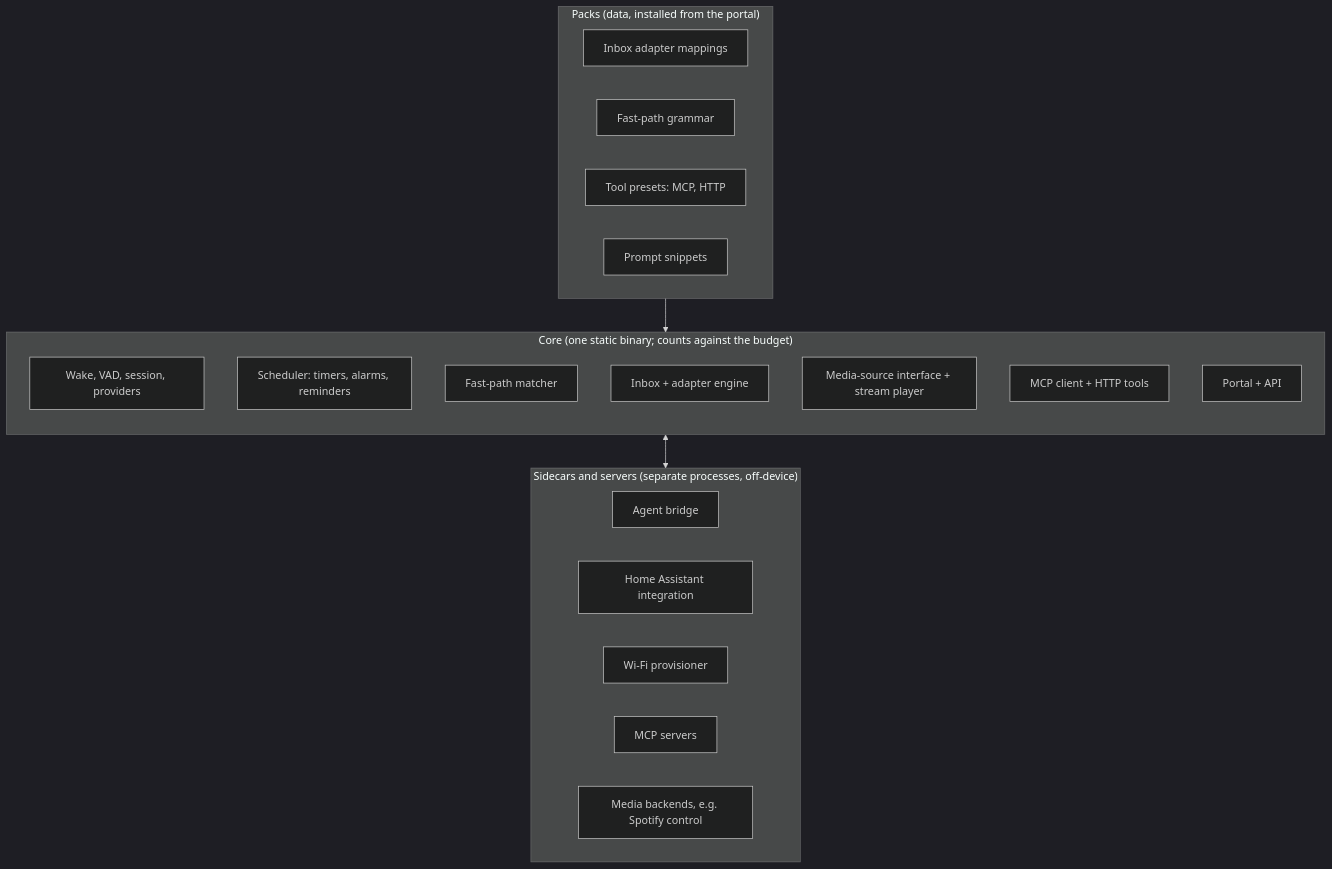
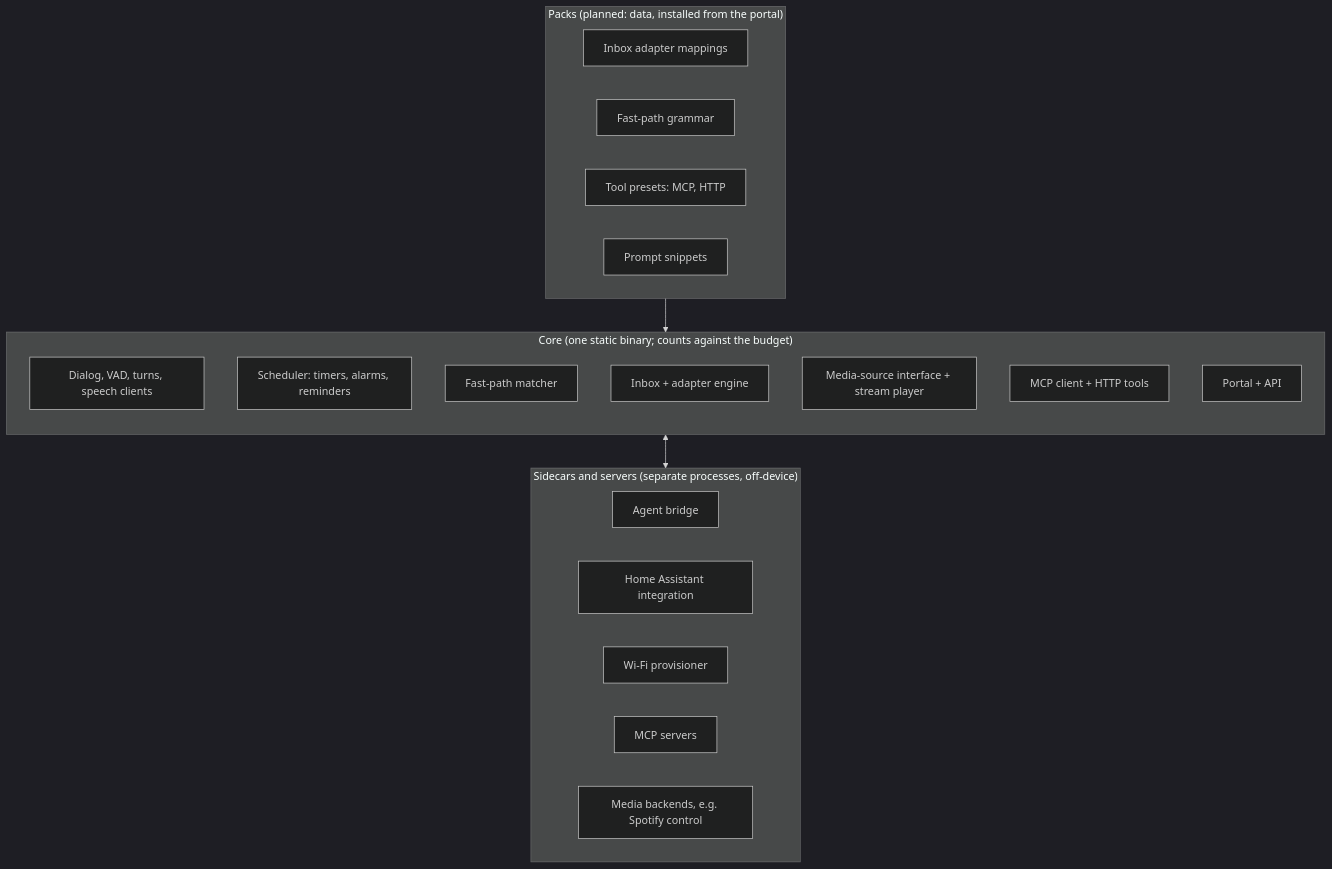
The diagram in docs/architecture/extensibility.md (AndyAnderson8/clawdot), drawn with Mermaid (dark theme) before and after one commit. The commit also changed other lines of this file and 3 other files, not shown here.

First line of the commit message:
docs(architecture): correct voice, satellite, config and extensibility

````diff
--- a/docs/architecture/extensibility.md
+++ b/docs/architecture/extensibility.md
@@ -11,28 +11,28 @@
 ```mermaid
 flowchart TB
     subgraph Core["Core (one static binary; counts against the budget)"]
         direction TB
-        A[Wake, VAD, session, providers]
+        A[Dialog, VAD, turns, speech clients]
         B[Scheduler: timers, alarms, reminders]
         C[Fast-path matcher]
         D[Inbox + adapter engine]
         E[Media-source interface + stream player]
         F[MCP client + HTTP tools]
         G[Portal + API]
     end
-    subgraph Packs["Packs (data, installed from the portal)"]
+    subgraph Packs["Packs (planned: data, installed from the portal)"]
         P1[Inbox adapter mappings]
         P2[Fast-path grammar]
         P3[Tool presets: MCP, HTTP]
         P4[Prompt snippets]
     end
     subgraph Side["Sidecars and servers (separate processes, off-device)"]
         S1[Agent bridge]
         S2[Home Assistant integration]
         S3[Wi-Fi provisioner]
         S4[MCP servers]
         S5[Media backends, e.g. Spotify control]
     end
     Packs --> Core
     Core <--> Side
 ```
````
